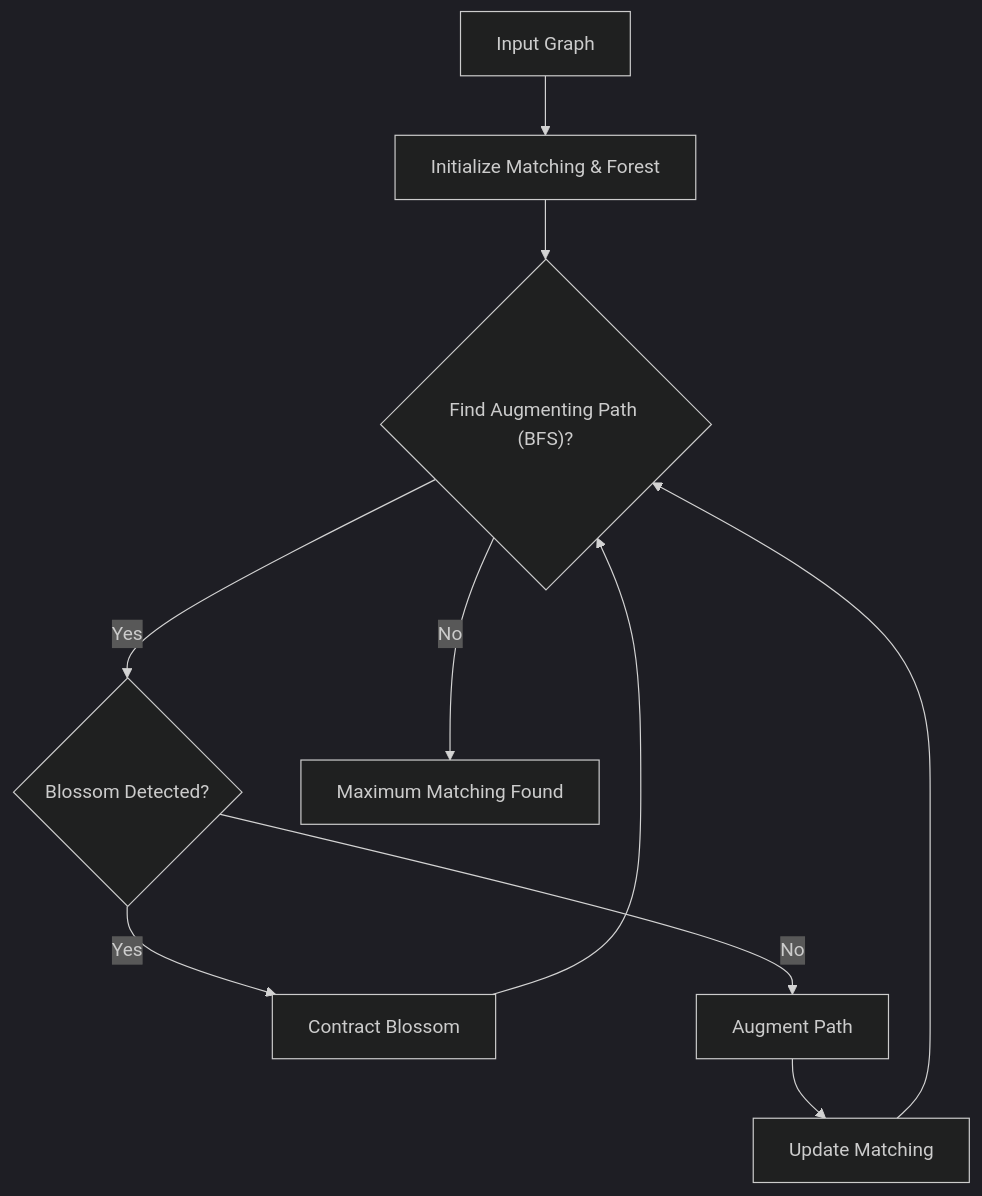
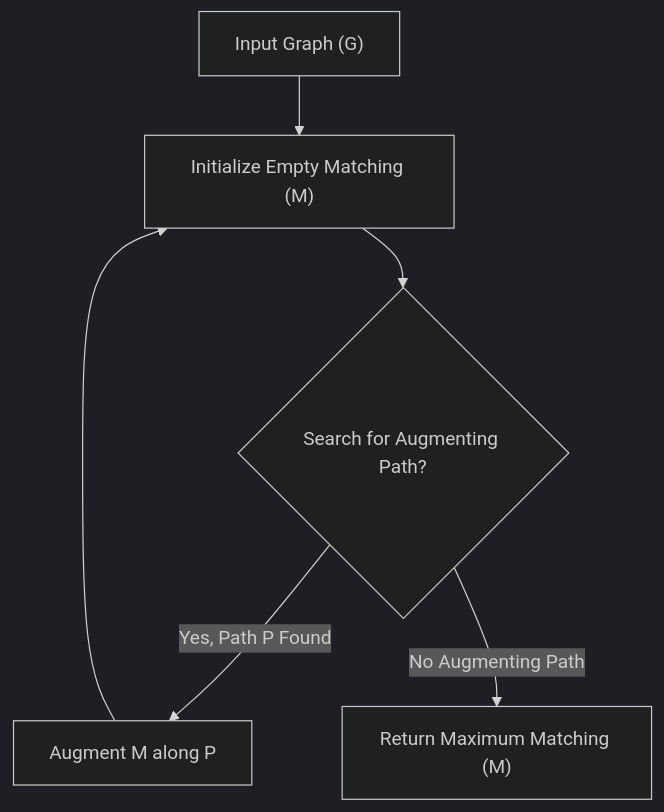
Before and after one commit to grewal16/edmonds-blossom-algorithm: the diagram in README.md, drawn with Mermaid (dark theme). The commit also changed other lines of this file, not shown here.

````diff
--- a/README.md
+++ b/README.md
@@ -27,12 +29,8 @@
 ```mermaid
 graph TD
-    A["Input Graph"] --> B["Initialize Matching & Forest"];
-    B --> C{"Find Augmenting Path (BFS)?"};
-    C -- Yes --> D{"Blossom Detected?"};
-    D -- Yes --> E["Contract Blossom"];
-    E --> C;
-    D -- No --> F["Augment Path"];
-    F --> G["Update Matching"];
-    G --> C;
-    C -- No --> H["Maximum Matching Found"];
+    A["Input Graph (G)"] --> B["Initialize Empty Matching (M)"];
+    B --> C{"Search for Augmenting Path?"};
+    C -- "Yes, Path P Found" --> D["Augment M along P"];
+    D --> B;
+    C -- "No Augmenting Path" --> E["Return Maximum Matching (M)"];
 ```
````
